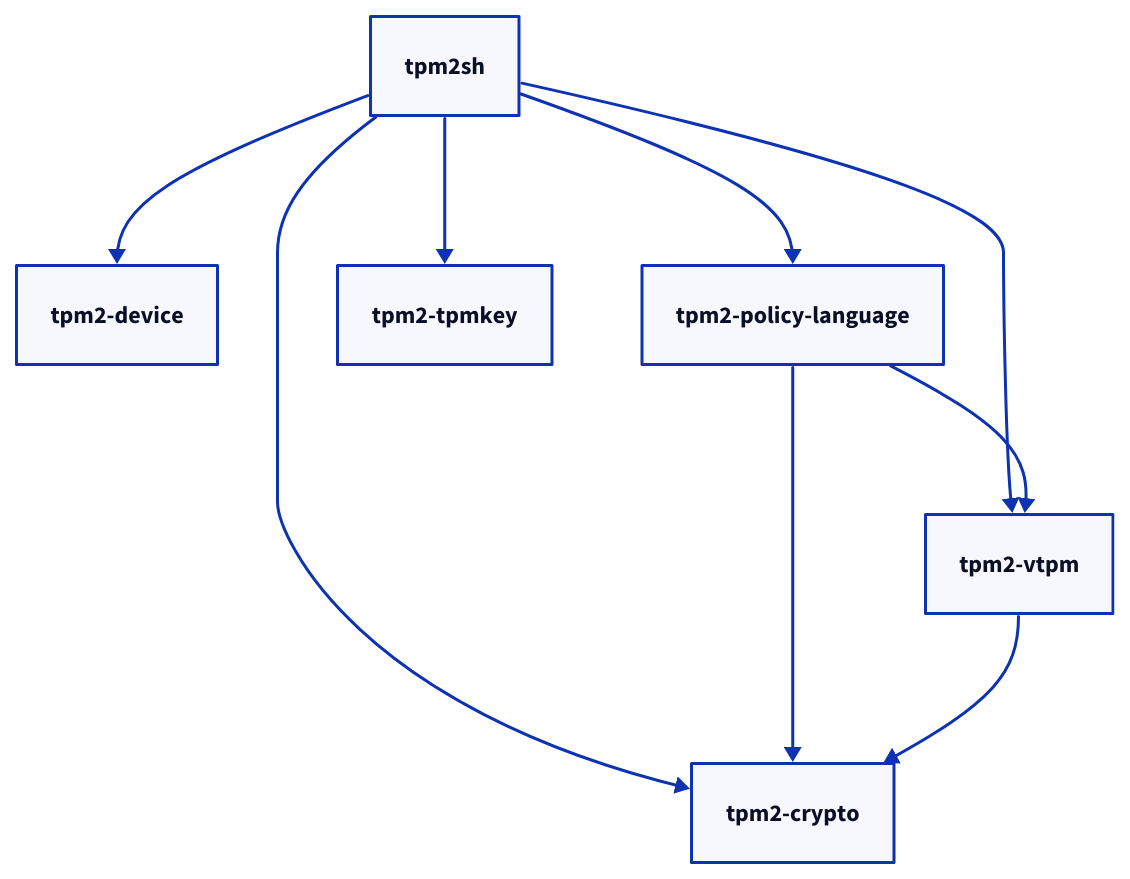
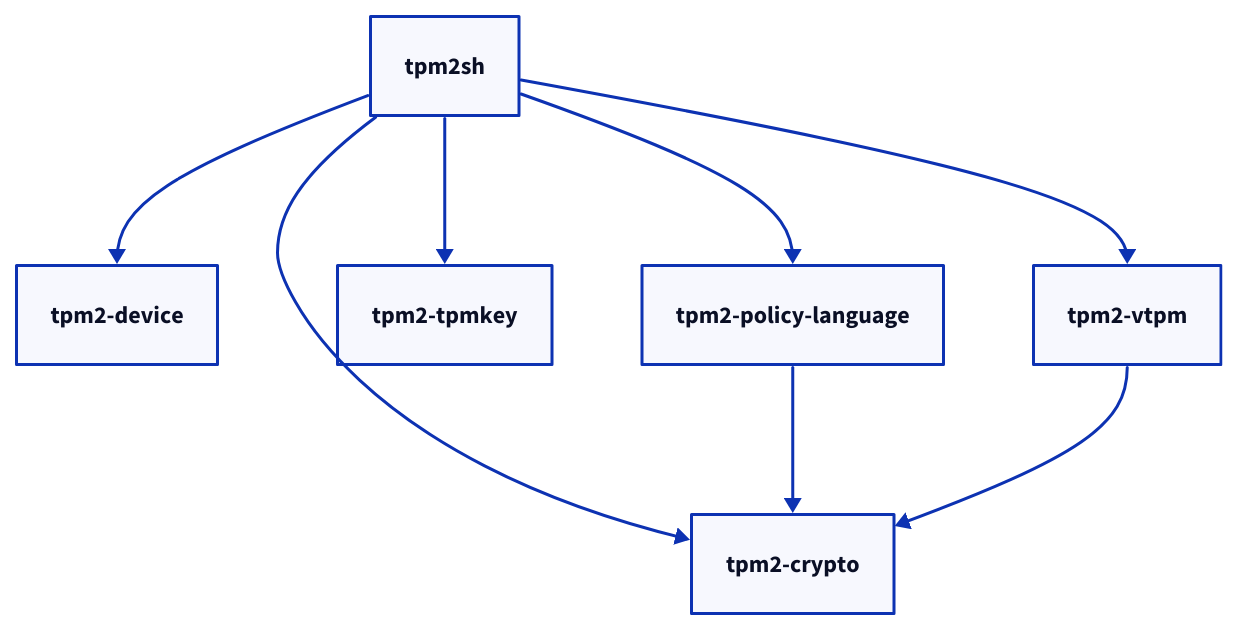
The diagram in doc/dependency-graph.d2 (FlorianZ/tpm2-library), drawn with D2 before and after one commit.

Commit message:
docs: update dependency diagram

```diff
--- a/doc/dependency-graph.d2
+++ b/doc/dependency-graph.d2
@@ -1,10 +1,8 @@
 tpm2sh -> tpm2-crypto
 tpm2sh -> tpm2-device
 tpm2sh -> tpm2-policy-language
 tpm2sh -> tpm2-tpmkey
 tpm2sh -> tpm2-vtpm
 
-tpm2-policy-language -> tpm2-vtpm
 tpm2-policy-language -> tpm2-crypto
-
 tpm2-vtpm -> tpm2-crypto
```
